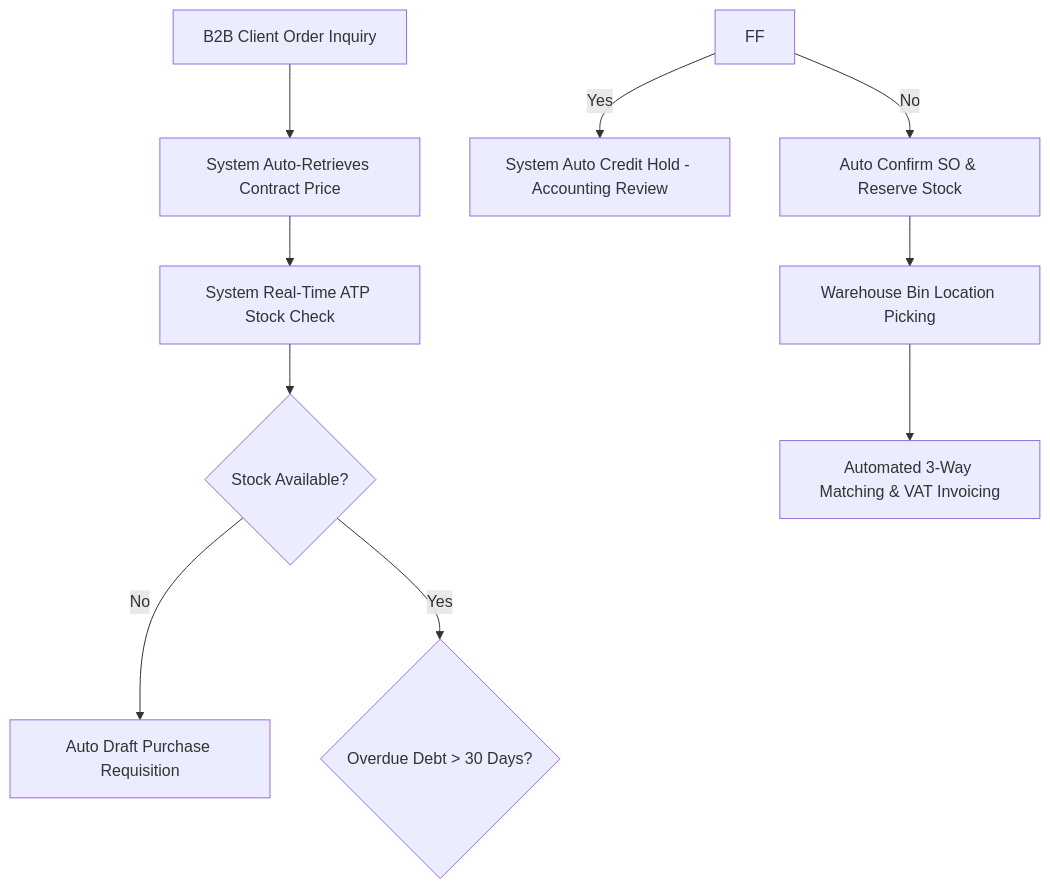
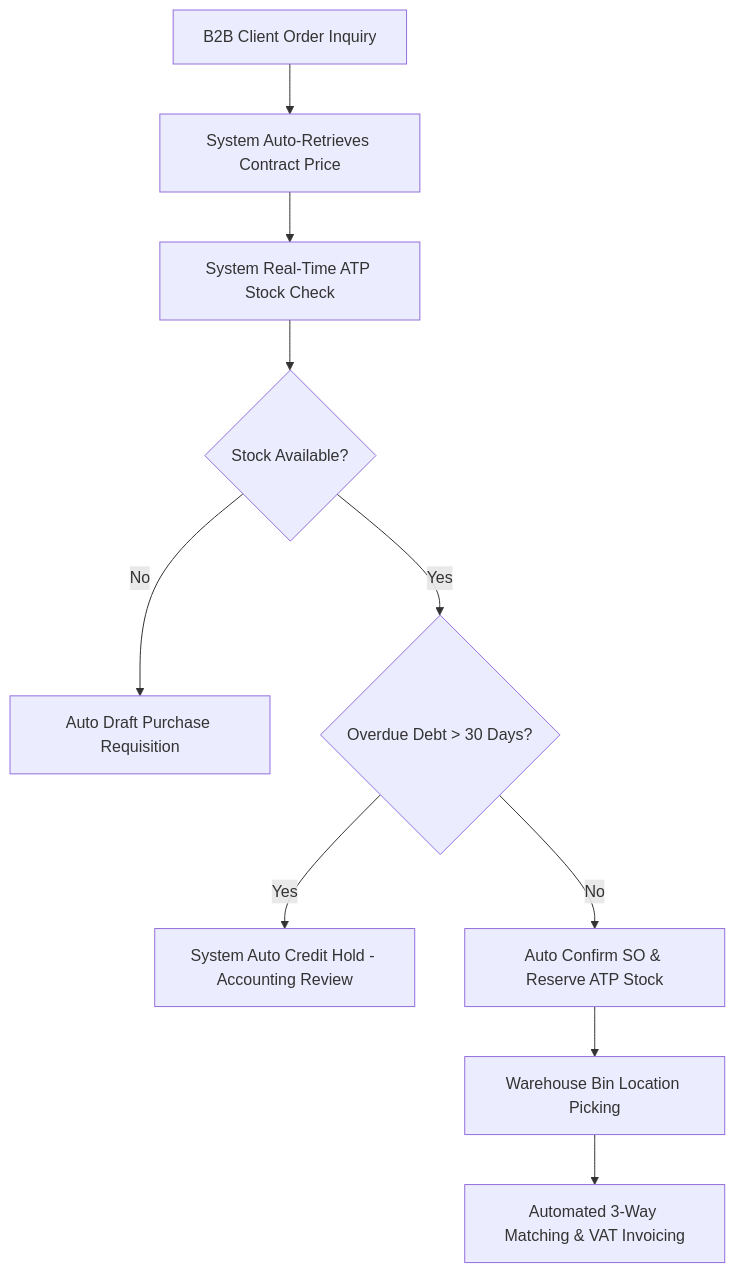
The diagram in Project/Final Project/BRD_Official_Report_Group6.md (DYBInh2k5/Phan-Tich-He-Thong-Nghiep-Vu), drawn with Mermaid before and after one commit. The commit also changed other lines of this file and 3 other files, not shown here.

````diff
--- a/Project/Final Project/BRD_Official_Report_Group6.md
+++ b/Project/Final Project/BRD_Official_Report_Group6.md
@@ -198,12 +291,12 @@
 ```mermaid
 graph TD
     A[B2B Client Order Inquiry] --> B[System Auto-Retrieves Contract Price]
     B --> C[System Real-Time ATP Stock Check]
     C --> D{Stock Available?}
     D -- No --> E[Auto Draft Purchase Requisition]
     D -- Yes --> F{Overdue Debt > 30 Days?}
-    FF -- Yes --> G[System Auto Credit Hold - Accounting Review]
-    FF -- No --> H[Auto Confirm SO & Reserve Stock]
+    F -- Yes --> G[System Auto Credit Hold - Accounting Review]
+    F -- No --> H[Auto Confirm SO & Reserve ATP Stock]
     H --> I[Warehouse Bin Location Picking]
     I --> J[Automated 3-Way Matching & VAT Invoicing]
 ```
````
